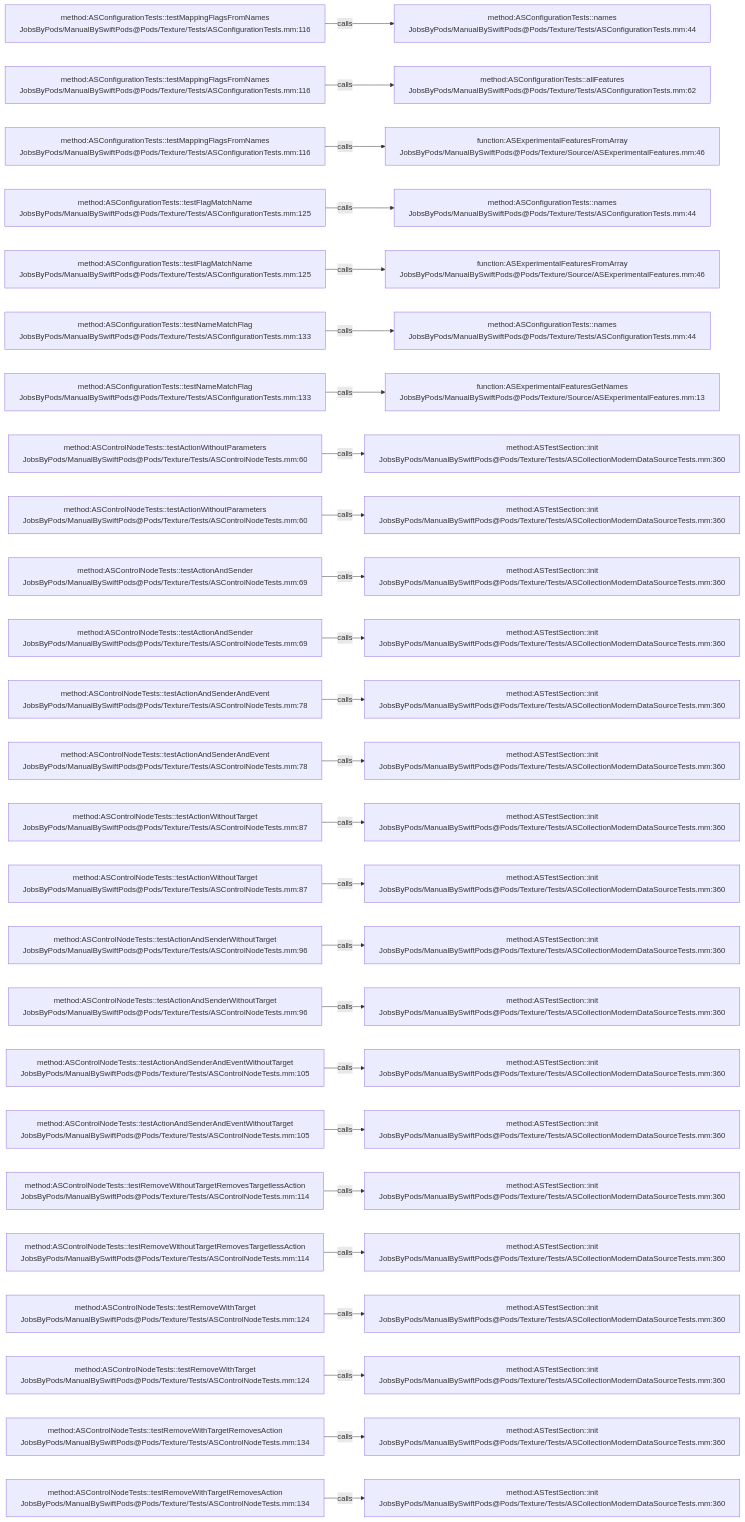
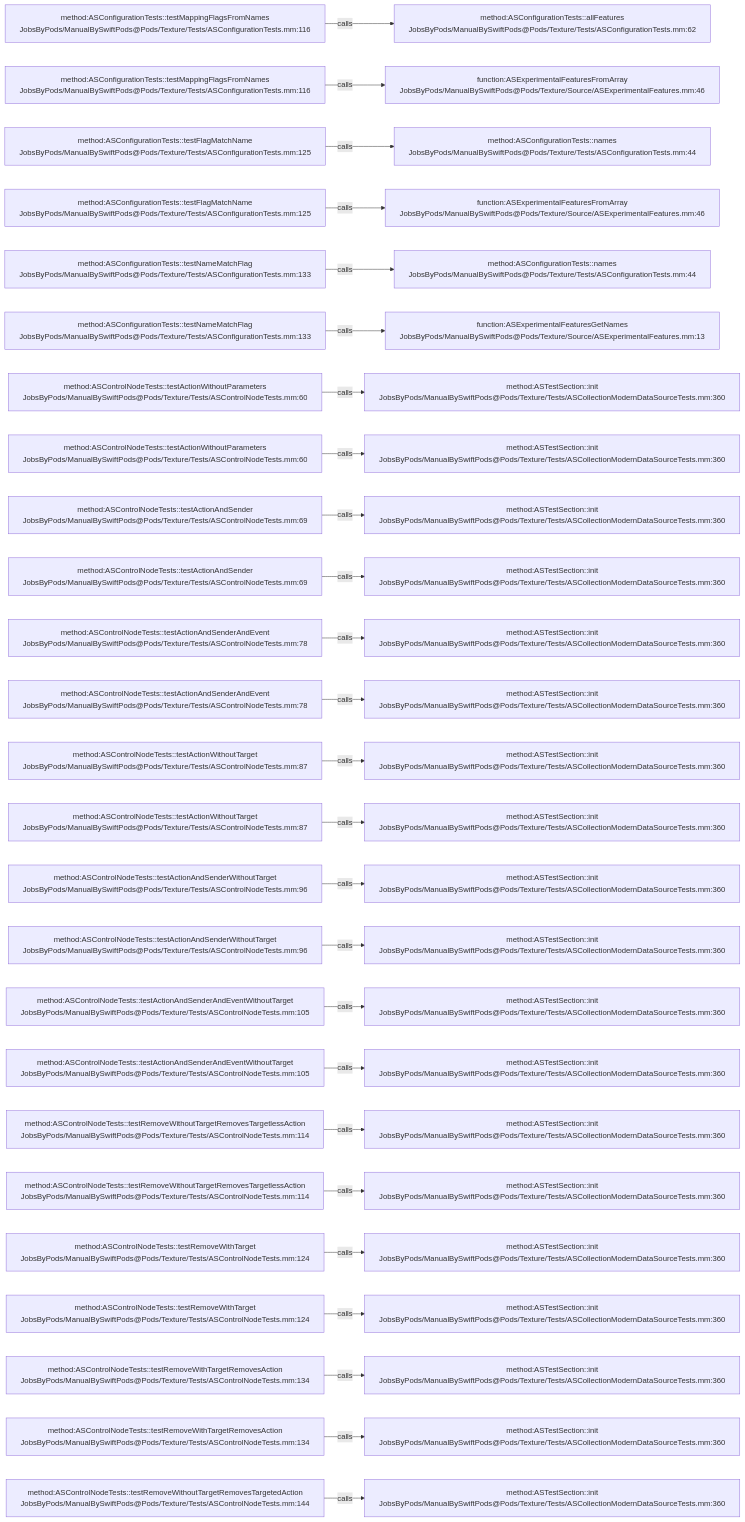
The diagram in .codegraph/codegraph.md/graphs/calls-175.md (JobsKits/JobsSwiftBaseConfigDemo), drawn with Mermaid before and after one commit. The commit also changed 747 other files, not shown here.

````diff
--- a/.codegraph/codegraph.md/graphs/calls-175.md
+++ b/.codegraph/codegraph.md/graphs/calls-175.md
@@ -13,78 +13,78 @@
 ```mermaid
 flowchart LR
   S1["method:ASConfigurationTests::testMappingFlagsFromNames<br/>JobsByPods/ManualBySwiftPods@Pods/Texture/Tests/ASConfigurationTests.mm:116"]
-  T1["method:ASConfigurationTests::names<br/>JobsByPods/ManualBySwiftPods@Pods/Texture/Tests/ASConfigurationTests.mm:44"]
+  T1["method:ASConfigurationTests::allFeatures<br/>JobsByPods/ManualBySwiftPods@Pods/Texture/Tests/ASConfigurationTests.mm:62"]
   S1 -->|calls| T1
   S2["method:ASConfigurationTests::testMappingFlagsFromNames<br/>JobsByPods/ManualBySwiftPods@Pods/Texture/Tests/ASConfigurationTests.mm:116"]
-  T2["method:ASConfigurationTests::allFeatures<br/>JobsByPods/ManualBySwiftPods@Pods/Texture/Tests/ASConfigurationTests.mm:62"]
+  T2["function:ASExperimentalFeaturesFromArray<br/>JobsByPods/ManualBySwiftPods@Pods/Texture/Source/ASExperimentalFeatures.mm:46"]
   S2 -->|calls| T2
-  S3["method:ASConfigurationTests::testMappingFlagsFromNames<br/>JobsByPods/ManualBySwiftPods@Pods/Texture/Tests/ASConfigurationTests.mm:116"]
-  T3["function:ASExperimentalFeaturesFromArray<br/>JobsByPods/ManualBySwiftPods@Pods/Texture/Source/ASExperimentalFeatures.mm:46"]
+  S3["method:ASConfigurationTests::testFlagMatchName<br/>JobsByPods/ManualBySwiftPods@Pods/Texture/Tests/ASConfigurationTests.mm:125"]
+  T3["method:ASConfigurationTests::names<br/>JobsByPods/ManualBySwiftPods@Pods/Texture/Tests/ASConfigurationTests.mm:44"]
   S3 -->|calls| T3
   S4["method:ASConfigurationTests::testFlagMatchName<br/>JobsByPods/ManualBySwiftPods@Pods/Texture/Tests/ASConfigurationTests.mm:125"]
-  T4["method:ASConfigurationTests::names<br/>JobsByPods/ManualBySwiftPods@Pods/Texture/Tests/ASConfigurationTests.mm:44"]
+  T4["function:ASExperimentalFeaturesFromArray<br/>JobsByPods/ManualBySwiftPods@Pods/Texture/Source/ASExperimentalFeatures.mm:46"]
   S4 -->|calls| T4
-  S5["method:ASConfigurationTests::testFlagMatchName<br/>JobsByPods/ManualBySwiftPods@Pods/Texture/Tests/ASConfigurationTests.mm:125"]
-  T5["function:ASExperimentalFeaturesFromArray<br/>JobsByPods/ManualBySwiftPods@Pods/Texture/Source/ASExperimentalFeatures.mm:46"]
+  S5["method:ASConfigurationTests::testNameMatchFlag<br/>JobsByPods/ManualBySwiftPods@Pods/Texture/Tests/ASConfigurationTests.mm:133"]
+  T5["method:ASConfigurationTests::names<br/>JobsByPods/ManualBySwiftPods@Pods/Texture/Tests/ASConfigurationTests.mm:44"]
   S5 -->|calls| T5
   S6["method:ASConfigurationTests::testNameMatchFlag<br/>JobsByPods/ManualBySwiftPods@Pods/Texture/Tests/ASConfigurationTests.mm:133"]
-  T6["method:ASConfigurationTests::names<br/>JobsByPods/ManualBySwiftPods@Pods/Texture/Tests/ASConfigurationTests.mm:44"]
+  T6["function:ASExperimentalFeaturesGetNames<br/>JobsByPods/ManualBySwiftPods@Pods/Texture/Source/ASExperimentalFeatures.mm:13"]
   S6 -->|calls| T6
-  S7["method:ASConfigurationTests::testNameMatchFlag<br/>JobsByPods/ManualBySwiftPods@Pods/Texture/Tests/ASConfigurationTests.mm:133"]
-  T7["function:ASExperimentalFeaturesGetNames<br/>JobsByPods/ManualBySwiftPods@Pods/Texture/Source/ASExperimentalFeatures.mm:13"]
+  S7["method:ASControlNodeTests::testActionWithoutParameters<br/>JobsByPods/ManualBySwiftPods@Pods/Texture/Tests/ASControlNodeTests.mm:60"]
+  T7["method:ASTestSection::init<br/>JobsByPods/ManualBySwiftPods@Pods/Texture/Tests/ASCollectionModernDataSourceTests.mm:360"]
   S7 -->|calls| T7
   S8["method:ASControlNodeTests::testActionWithoutParameters<br/>JobsByPods/ManualBySwiftPods@Pods/Texture/Tests/ASControlNodeTests.mm:60"]
   T8["method:ASTestSection::init<br/>JobsByPods/ManualBySwiftPods@Pods/Texture/Tests/ASCollectionModernDataSourceTests.mm:360"]
   S8 -->|calls| T8
-  S9["method:ASControlNodeTests::testActionWithoutParameters<br/>JobsByPods/ManualBySwiftPods@Pods/Texture/Tests/ASControlNodeTests.mm:60"]
+  S9["method:ASControlNodeTests::testActionAndSender<br/>JobsByPods/ManualBySwiftPods@Pods/Texture/Tests/ASControlNodeTests.mm:69"]
   T9["method:ASTestSection::init<br/>JobsByPods/ManualBySwiftPods@Pods/Texture/Tests/ASCollectionModernDataSourceTests.mm:360"]
   S9 -->|calls| T9
   S10["method:ASControlNodeTests::testActionAndSender<br/>JobsByPods/ManualBySwiftPods@Pods/Texture/Tests/ASControlNodeTests.mm:69"]
   T10["method:ASTestSection::init<br/>JobsByPods/ManualBySwiftPods@Pods/Texture/Tests/ASCollectionModernDataSourceTests.mm:360"]
   S10 -->|calls| T10
-  S11["method:ASControlNodeTests::testActionAndSender<br/>JobsByPods/ManualBySwiftPods@Pods/Texture/Tests/ASControlNodeTests.mm:69"]
+  S11["method:ASControlNodeTests::testActionAndSenderAndEvent<br/>JobsByPods/ManualBySwiftPods@Pods/Texture/Tests/ASControlNodeTests.mm:78"]
   T11["method:ASTestSection::init<br/>JobsByPods/ManualBySwiftPods@Pods/Texture/Tests/ASCollectionModernDataSourceTests.mm:360"]
   S11 -->|calls| T11
   S12["method:ASControlNodeTests::testActionAndSenderAndEvent<br/>JobsByPods/ManualBySwiftPods@Pods/Texture/Tests/ASControlNodeTests.mm:78"]
   T12["method:ASTestSection::init<br/>JobsByPods/ManualBySwiftPods@Pods/Texture/Tests/ASCollectionModernDataSourceTests.mm:360"]
   S12 -->|calls| T12
-  S13["method:ASControlNodeTests::testActionAndSenderAndEvent<br/>JobsByPods/ManualBySwiftPods@Pods/Texture/Tests/ASControlNodeTests.mm:78"]
+  S13["method:ASControlNodeTests::testActionWithoutTarget<br/>JobsByPods/ManualBySwiftPods@Pods/Texture/Tests/ASControlNodeTests.mm:87"]
   T13["method:ASTestSection::init<br/>JobsByPods/ManualBySwiftPods@Pods/Texture/Tests/ASCollectionModernDataSourceTests.mm:360"]
   S13 -->|calls| T13
   S14["method:ASControlNodeTests::testActionWithoutTarget<br/>JobsByPods/ManualBySwiftPods@Pods/Texture/Tests/ASControlNodeTests.mm:87"]
   T14["method:ASTestSection::init<br/>JobsByPods/ManualBySwiftPods@Pods/Texture/Tests/ASCollectionModernDataSourceTests.mm:360"]
   S14 -->|calls| T14
-  S15["method:ASControlNodeTests::testActionWithoutTarget<br/>JobsByPods/ManualBySwiftPods@Pods/Texture/Tests/ASControlNodeTests.mm:87"]
+  S15["method:ASControlNodeTests::testActionAndSenderWithoutTarget<br/>JobsByPods/ManualBySwiftPods@Pods/Texture/Tests/ASControlNodeTests.mm:96"]
   T15["method:ASTestSection::init<br/>JobsByPods/ManualBySwiftPods@Pods/Texture/Tests/ASCollectionModernDataSourceTests.mm:360"]
   S15 -->|calls| T15
   S16["method:ASControlNodeTests::testActionAndSenderWithoutTarget<br/>JobsByPods/ManualBySwiftPods@Pods/Texture/Tests/ASControlNodeTests.mm:96"]
   T16["method:ASTestSection::init<br/>JobsByPods/ManualBySwiftPods@Pods/Texture/Tests/ASCollectionModernDataSourceTests.mm:360"]
   S16 -->|calls| T16
-  S17["method:ASControlNodeTests::testActionAndSenderWithoutTarget<br/>JobsByPods/ManualBySwiftPods@Pods/Texture/Tests/ASControlNodeTests.mm:96"]
+  S17["method:ASControlNodeTests::testActionAndSenderAndEventWithoutTarget<br/>JobsByPods/ManualBySwiftPods@Pods/Texture/Tests/ASControlNodeTests.mm:105"]
   T17["method:ASTestSection::init<br/>JobsByPods/ManualBySwiftPods@Pods/Texture/Tests/ASCollectionModernDataSourceTests.mm:360"]
   S17 -->|calls| T17
   S18["method:ASControlNodeTests::testActionAndSenderAndEventWithoutTarget<br/>JobsByPods/ManualBySwiftPods@Pods/Texture/Tests/ASControlNodeTests.mm:105"]
   T18["method:ASTestSection::init<br/>JobsByPods/ManualBySwiftPods@Pods/Texture/Tests/ASCollectionModernDataSourceTests.mm:360"]
   S18 -->|calls| T18
-  S19["method:ASControlNodeTests::testActionAndSenderAndEventWithoutTarget<br/>JobsByPods/ManualBySwiftPods@Pods/Texture/Tests/ASControlNodeTests.mm:105"]
+  S19["method:ASControlNodeTests::testRemoveWithoutTargetRemovesTargetlessAction<br/>JobsByPods/ManualBySwiftPods@Pods/Texture/Tests/ASControlNodeTests.mm:114"]
   T19["method:ASTestSection::init<br/>JobsByPods/ManualBySwiftPods@Pods/Texture/Tests/ASCollectionModernDataSourceTests.mm:360"]
   S19 -->|calls| T19
   S20["method:ASControlNodeTests::testRemoveWithoutTargetRemovesTargetlessAction<br/>JobsByPods/ManualBySwiftPods@Pods/Texture/Tests/ASControlNodeTests.mm:114"]
   T20["method:ASTestSection::init<br/>JobsByPods/ManualBySwiftPods@Pods/Texture/Tests/ASCollectionModernDataSourceTests.mm:360"]
   S20 -->|calls| T20
-  S21["method:ASControlNodeTests::testRemoveWithoutTargetRemovesTargetlessAction<br/>JobsByPods/ManualBySwiftPods@Pods/Texture/Tests/ASControlNodeTests.mm:114"]
+  S21["method:ASControlNodeTests::testRemoveWithTarget<br/>JobsByPods/ManualBySwiftPods@Pods/Texture/Tests/ASControlNodeTests.mm:124"]
   T21["method:ASTestSection::init<br/>JobsByPods/ManualBySwiftPods@Pods/Texture/Tests/ASCollectionModernDataSourceTests.mm:360"]
   S21 -->|calls| T21
   S22["method:ASControlNodeTests::testRemoveWithTarget<br/>JobsByPods/ManualBySwiftPods@Pods/Texture/Tests/ASControlNodeTests.mm:124"]
   T22["method:ASTestSection::init<br/>JobsByPods/ManualBySwiftPods@Pods/Texture/Tests/ASCollectionModernDataSourceTests.mm:360"]
   S22 -->|calls| T22
-  S23["method:ASControlNodeTests::testRemoveWithTarget<br/>JobsByPods/ManualBySwiftPods@Pods/Texture/Tests/ASControlNodeTests.mm:124"]
+  S23["method:ASControlNodeTests::testRemoveWithTargetRemovesAction<br/>JobsByPods/ManualBySwiftPods@Pods/Texture/Tests/ASControlNodeTests.mm:134"]
   T23["method:ASTestSection::init<br/>JobsByPods/ManualBySwiftPods@Pods/Texture/Tests/ASCollectionModernDataSourceTests.mm:360"]
   S23 -->|calls| T23
   S24["method:ASControlNodeTests::testRemoveWithTargetRemovesAction<br/>JobsByPods/ManualBySwiftPods@Pods/Texture/Tests/ASControlNodeTests.mm:134"]
   T24["method:ASTestSection::init<br/>JobsByPods/ManualBySwiftPods@Pods/Texture/Tests/ASCollectionModernDataSourceTests.mm:360"]
   S24 -->|calls| T24
-  S25["method:ASControlNodeTests::testRemoveWithTargetRemovesAction<br/>JobsByPods/ManualBySwiftPods@Pods/Texture/Tests/ASControlNodeTests.mm:134"]
+  S25["method:ASControlNodeTests::testRemoveWithoutTargetRemovesTargetedAction<br/>JobsByPods/ManualBySwiftPods@Pods/Texture/Tests/ASControlNodeTests.mm:144"]
   T25["method:ASTestSection::init<br/>JobsByPods/ManualBySwiftPods@Pods/Texture/Tests/ASCollectionModernDataSourceTests.mm:360"]
   S25 -->|calls| T25
 ```
````
